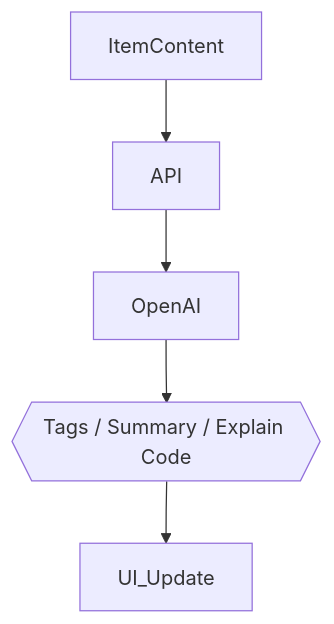
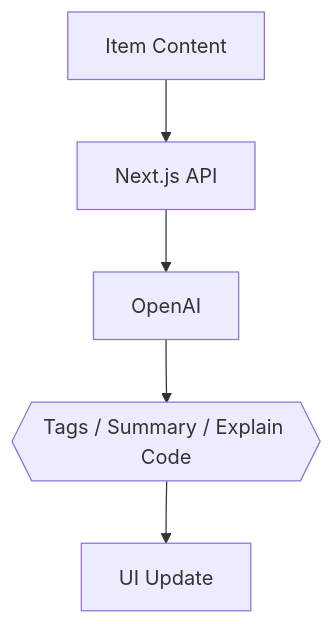
One commit to Mistesq/codevault changed the fourth of 4 diagrams in context/project-overview.md. Above: the diagram before and after it, drawn with Mermaid. The commit also changed other lines of this file and 2 other files, not shown here.

````diff
--- a/context/project-overview.md
+++ b/context/project-overview.md
@@ -278,7 +341,7 @@
 ```mermaid
 flowchart TD
-  ItemContent --> API
-  API --> OpenAI
-  OpenAI --> Suggestions{{Tags / Summary / Explain Code}}
-  Suggestions --> UI_Update
+  Content["Item Content"] --> API["Next.js API"]
+  API --> AI["OpenAI"]
+  AI --> Out{{"Tags / Summary / Explain Code"}}
+  Out --> UI["UI Update"]
 ```
````
